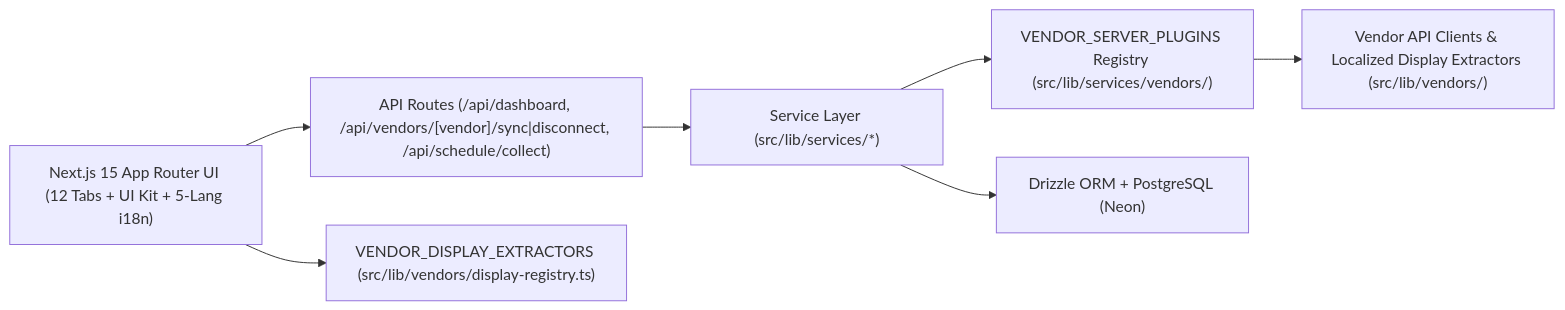
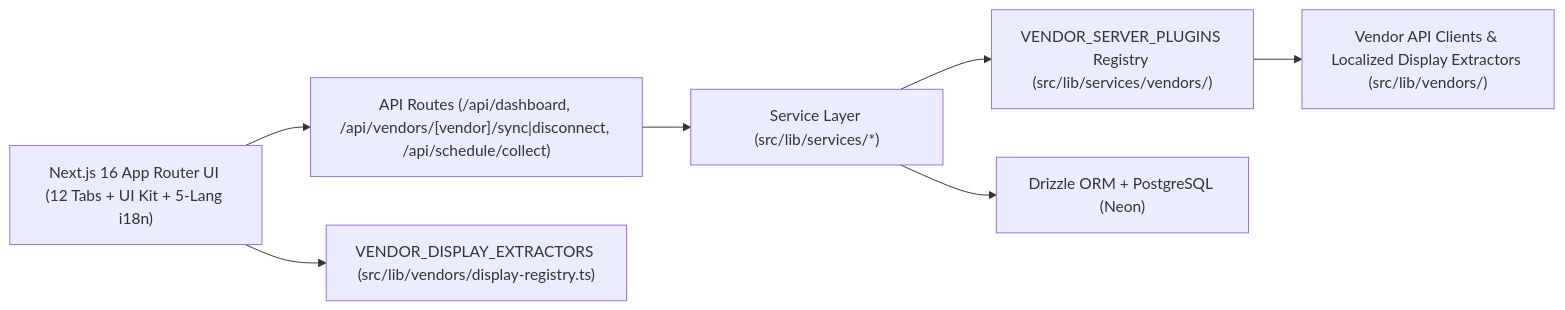
Before and after one commit to matoy/home-cockpit: the diagram in README.md, drawn with Mermaid. The commit also changed other lines of this file and 1 other file, not shown here.

Commit message:
docs: document NEXT_PUBLIC_APP_URL in .env.example and remove Siemens legacy note in README

````diff
--- a/README.md
+++ b/README.md
@@ -66,9 +66,9 @@
 ```mermaid
 flowchart LR
-  UI["Next.js 15 App Router UI (12 Tabs + UI Kit + 5-Lang i18n)"] --> API["API Routes (/api/dashboard, /api/vendors/[vendor]/sync|disconnect, /api/schedule/collect)"]
+  UI["Next.js 16 App Router UI (12 Tabs + UI Kit + 5-Lang i18n)"] --> API["API Routes (/api/dashboard, /api/vendors/[vendor]/sync|disconnect, /api/schedule/collect)"]
   API --> Facade["Service Layer (src/lib/services/*)"]
   Facade --> Plugins["VENDOR_SERVER_PLUGINS Registry (src/lib/services/vendors/)"]
   Plugins --> Clients["Vendor API Clients & Localized Display Extractors (src/lib/vendors/)"]
   Facade --> DB["Drizzle ORM + PostgreSQL (Neon)"]
   UI --> Display["VENDOR_DISPLAY_EXTRACTORS (src/lib/vendors/display-registry.ts)"]
 ```
````
